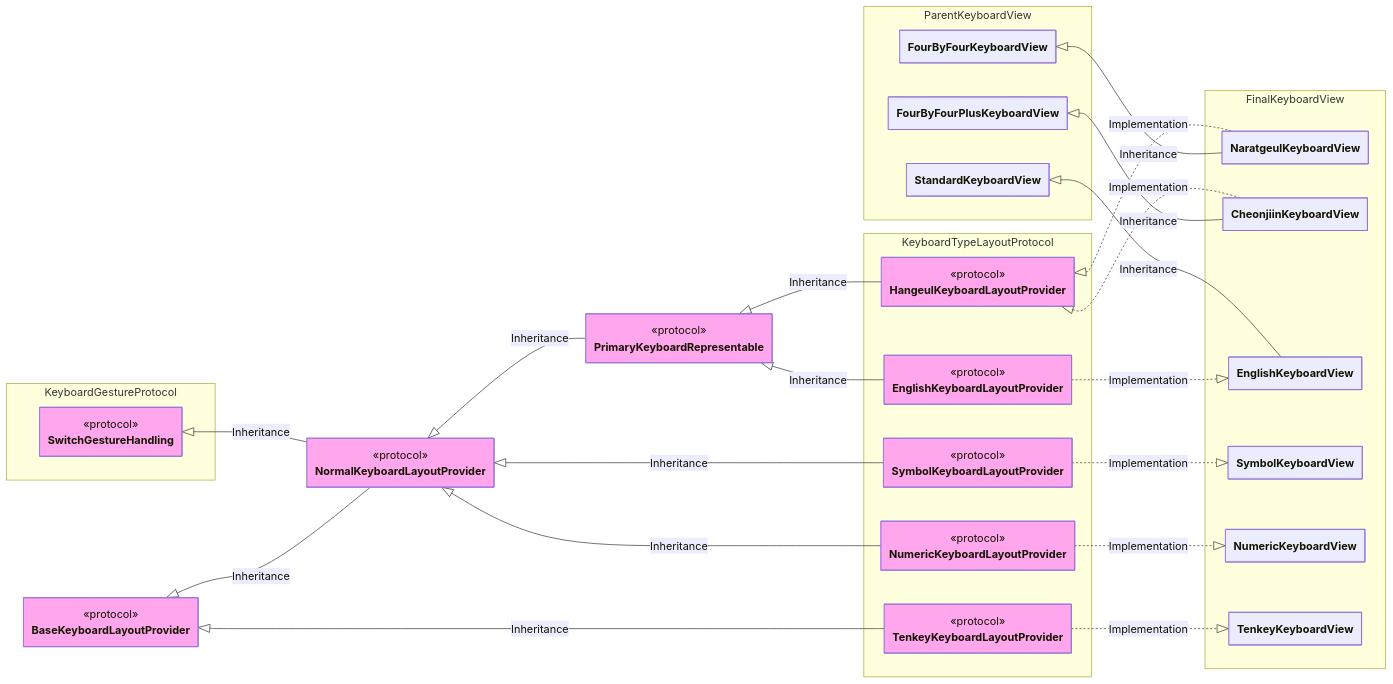
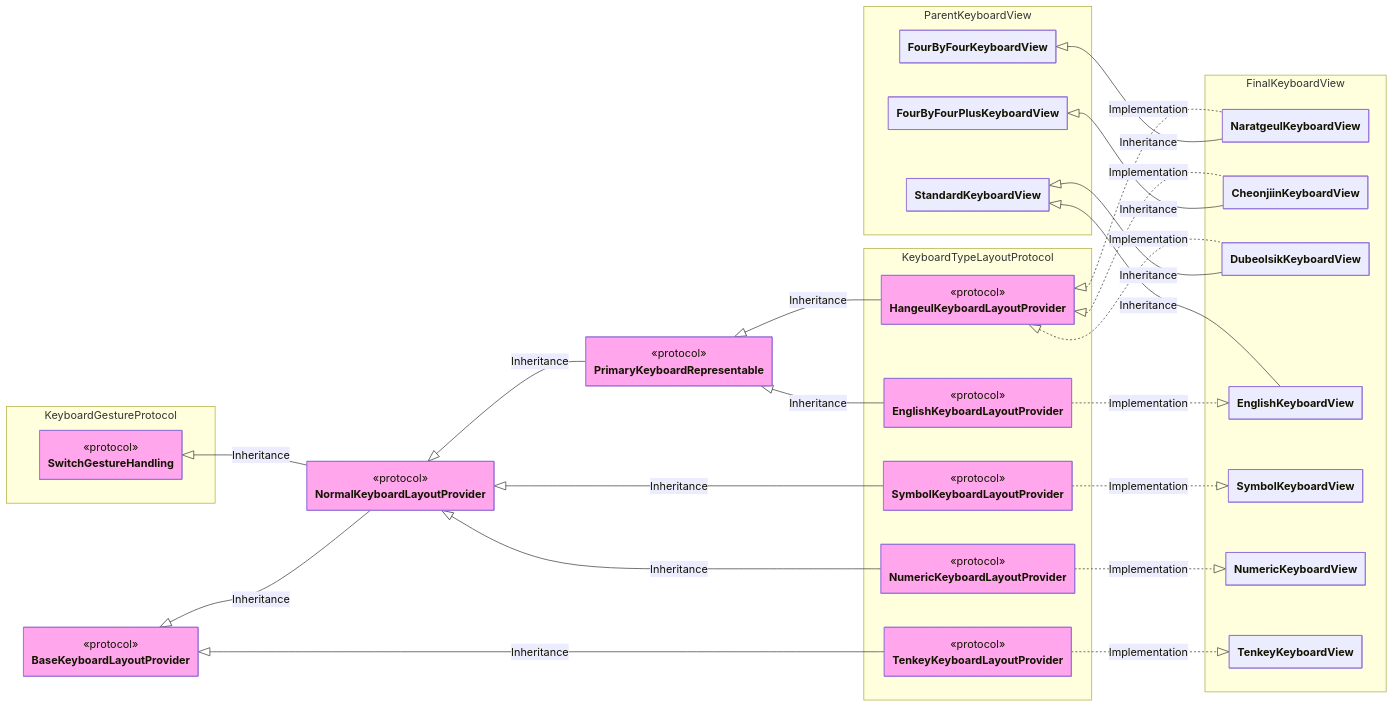
The second of 3 diagrams in README.md (SNMac/SYKeyboard), drawn with Mermaid before and after one commit. The commit also changed other lines of this file, not shown here.

```diff
--- a/README.md
+++ b/README.md
@@ -524,6 +522,7 @@
     namespace FinalKeyboardView {
       class NaratgeulKeyboardView
       class CheonjiinKeyboardView
+      class DubeolsikKeyboardView
       class EnglishKeyboardView
       class SymbolKeyboardView
       class NumericKeyboardView
@@ -554,6 +553,8 @@
     HangeulKeyboardLayoutProvider <|.. NaratgeulKeyboardView: Implementation
     FourByFourPlusKeyboardView <|-- CheonjiinKeyboardView: Inheritance
     HangeulKeyboardLayoutProvider <|.. CheonjiinKeyboardView: Implementation
+    StandardKeyboardView <|-- DubeolsikKeyboardView: Inheritance
+    HangeulKeyboardLayoutProvider <|.. DubeolsikKeyboardView: Implementation
 
     PrimaryKeyboardRepresentable <|-- EnglishKeyboardLayoutProvider: Inheritance
 
```
